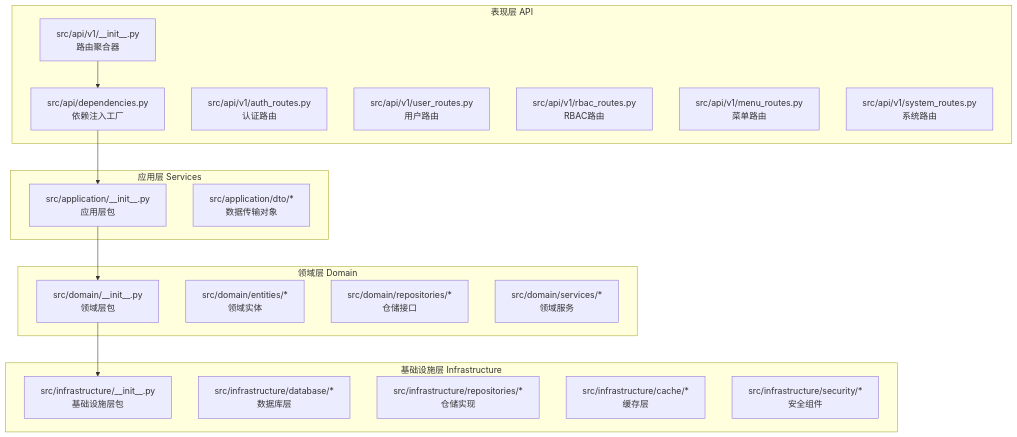
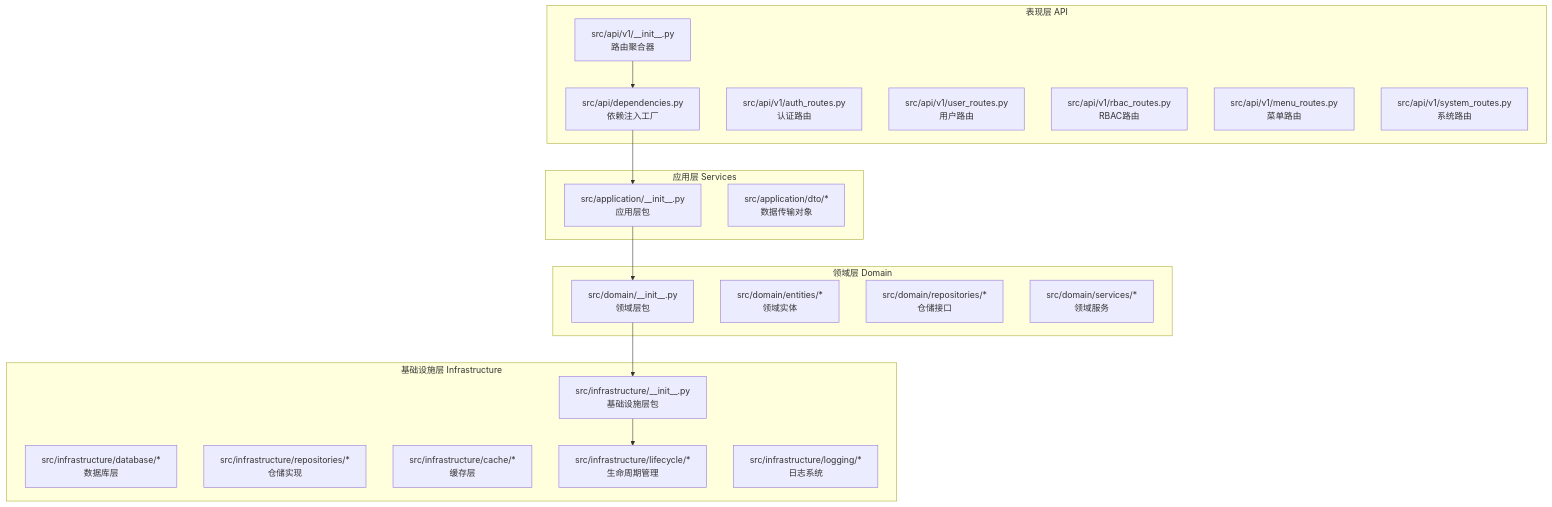
One commit to taoweidong/Hello-FastApi changed the first of 5 diagrams in .qoder/repowiki/zh/content/后端架构设计/后端架构设计.md. Above: the diagram before and after it, drawn with Mermaid. The commit also changed other lines of this file and 61 other files, not shown here.

````diff
--- a/.qoder/repowiki/zh/content/后端架构设计/后端架构设计.md
+++ b/.qoder/repowiki/zh/content/后端架构设计/后端架构设计.md
@@ -42,33 +43,35 @@
 ```mermaid
 graph TB
 subgraph "表现层 API"
 A["src/api/v1/__init__.py<br/>路由聚合器"]
 B["src/api/dependencies.py<br/>依赖注入工厂"]
 C["src/api/v1/auth_routes.py<br/>认证路由"]
 D["src/api/v1/user_routes.py<br/>用户路由"]
 E["src/api/v1/rbac_routes.py<br/>RBAC路由"]
 F["src/api/v1/menu_routes.py<br/>菜单路由"]
 G["src/api/v1/system_routes.py<br/>系统路由"]
 end
 subgraph "应用层 Services"
 H["src/application/__init__.py<br/>应用层包"]
 I["src/application/dto/*<br/>数据传输对象"]
 end
 subgraph "领域层 Domain"
 J["src/domain/__init__.py<br/>领域层包"]
 K["src/domain/entities/*<br/>领域实体"]
 L["src/domain/repositories/*<br/>仓储接口"]
 M["src/domain/services/*<br/>领域服务"]
 end
 subgraph "基础设施层 Infrastructure"
 N["src/infrastructure/__init__.py<br/>基础设施层包"]
 O["src/infrastructure/database/*<br/>数据库层"]
 P["src/infrastructure/repositories/*<br/>仓储实现"]
 Q["src/infrastructure/cache/*<br/>缓存层"]
-R["src/infrastructure/security/*<br/>安全组件"]
+R["src/infrastructure/lifecycle/*<br/>生命周期管理"]
+S["src/infrastructure/logging/*<br/>日志系统"]
 end
 A --> B
 B --> H
 H --> J
 J --> N
+N --> R
 ```
````
